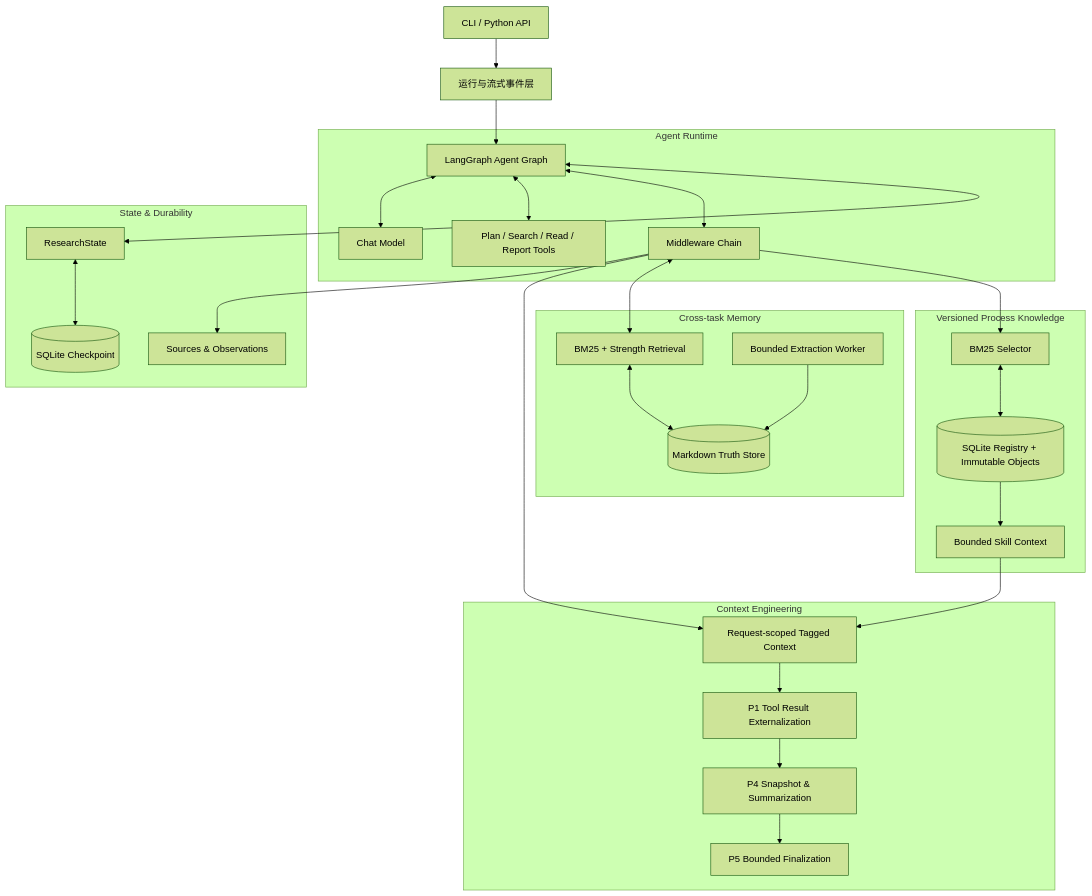
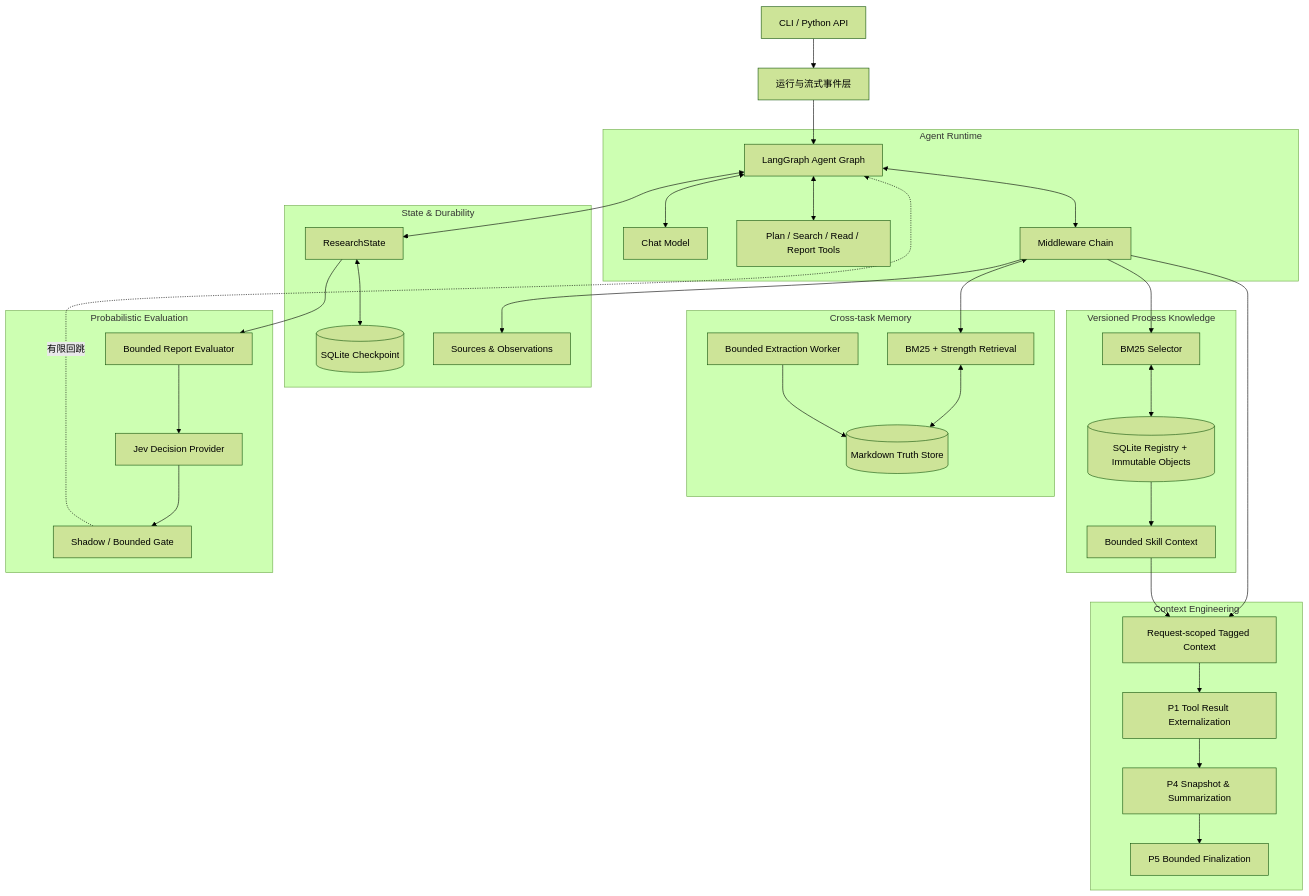
One commit to 1612535983/deepreseach-learing changed the second of 2 diagrams in README.md. Above: the diagram before and after it, drawn with Mermaid (forest theme). The commit also changed other lines of this file and 2 other files, not shown here.

Commit message:
docs: document jev evaluation workflow

````diff
--- a/README.md
+++ b/README.md
@@ -212,48 +225,56 @@
 ```mermaid
 flowchart TB
     CLI[CLI / Python API] --> RUNNER[运行与流式事件层]
     RUNNER --> GRAPH[LangGraph Agent Graph]
 
     subgraph Runtime[Agent Runtime]
         GRAPH <--> MODEL[Chat Model]
         GRAPH <--> TOOLS[Plan / Search / Read / Report Tools]
         GRAPH <--> MIDDLEWARE[Middleware Chain]
     end
 
     subgraph StateLayer[State & Durability]
         STATE[ResearchState]
         CHECKPOINT[(SQLite Checkpoint)]
         EVIDENCE[Sources & Observations]
     end
 
     subgraph ContextLayer[Context Engineering]
         TAGGED[Request-scoped Tagged Context]
         EXTERNAL[P1 Tool Result Externalization]
         COMPACT[P4 Snapshot & Summarization]
         FINALIZE[P5 Bounded Finalization]
     end
 
     subgraph MemoryLayer[Cross-task Memory]
         RETRIEVER[BM25 + Strength Retrieval]
         STORE[(Markdown Truth Store)]
         WORKER[Bounded Extraction Worker]
     end
 
     subgraph SkillLayer[Versioned Process Knowledge]
         SELECTOR[BM25 Selector]
         SKILLSTORE[(SQLite Registry + Immutable Objects)]
         SKILLCONTEXT[Bounded Skill Context]
     end
 
+    subgraph EvaluationLayer[Probabilistic Evaluation]
+        EVAL[Bounded Report Evaluator]
+        JEV[Jev Decision Provider]
+        GATE[Shadow / Bounded Gate]
+    end
+
     GRAPH <--> STATE
     STATE <--> CHECKPOINT
     MIDDLEWARE --> EVIDENCE
     MIDDLEWARE --> TAGGED
     TAGGED --> EXTERNAL --> COMPACT --> FINALIZE
     MIDDLEWARE <--> RETRIEVER
     RETRIEVER <--> STORE
     WORKER --> STORE
     MIDDLEWARE --> SELECTOR
     SELECTOR <--> SKILLSTORE
     SKILLSTORE --> SKILLCONTEXT --> TAGGED
+    STATE --> EVAL --> JEV --> GATE
+    GATE -.有限回跳.-> GRAPH
 ```
````
